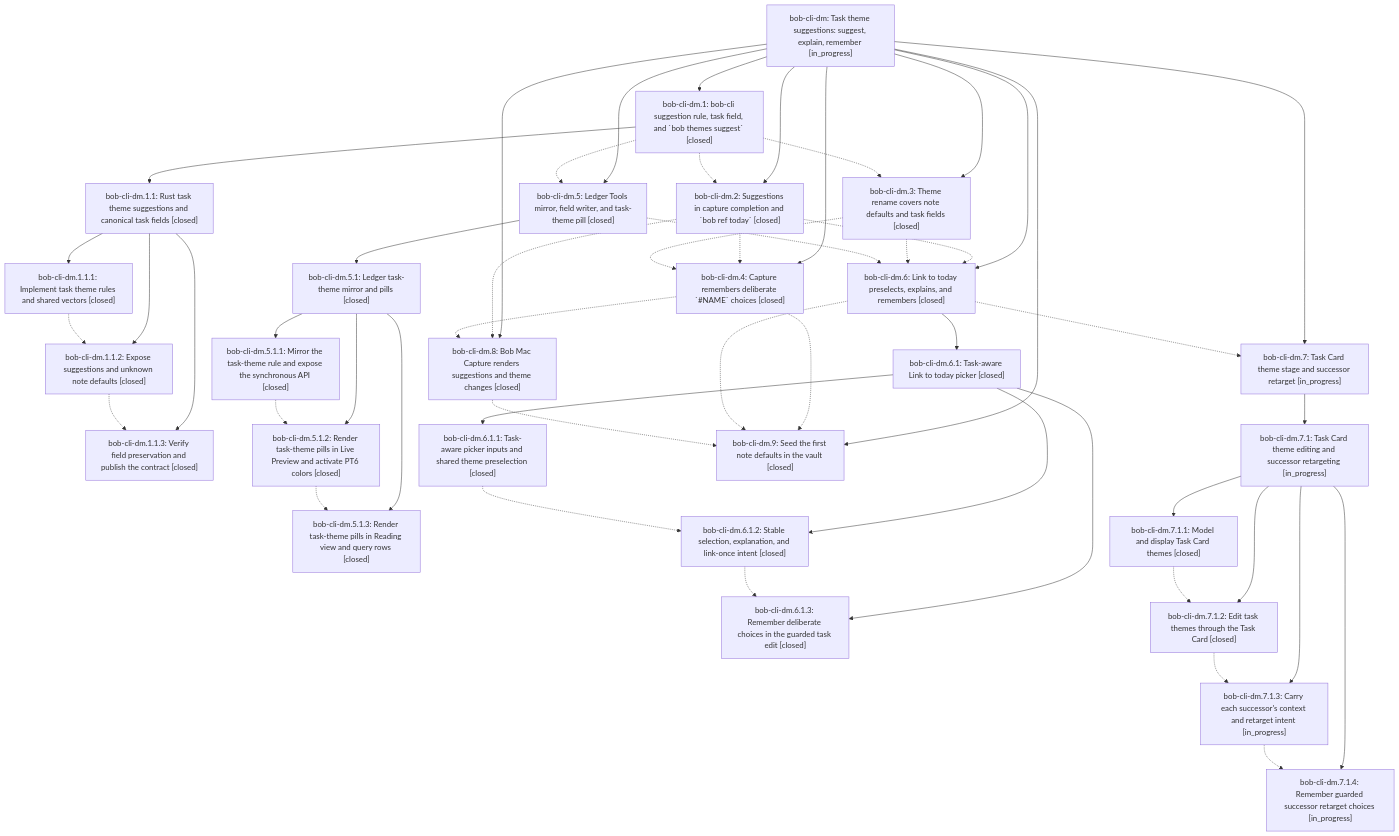
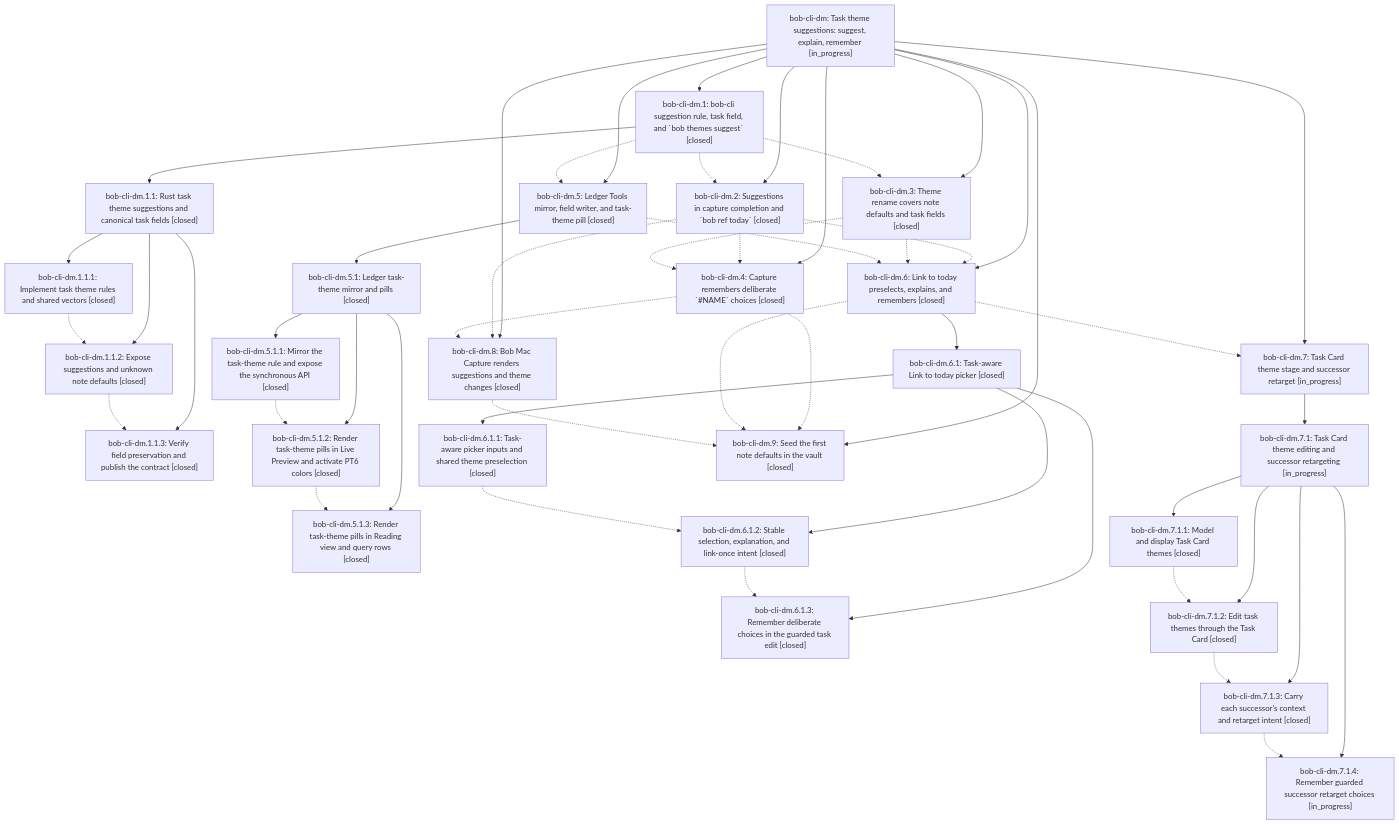
One commit to bobs-org/bob-cli--beads changed the diagram in pages/bob-cli-dm/README.md. Above: the diagram before and after it, drawn with Mermaid. The commit also changed other lines of this file and 3 other files, not shown here.

First line of the commit message:
chore(beads): sync bead state and pages for bob-cli-dm

````diff
--- a/pages/bob-cli-dm/README.md
+++ b/pages/bob-cli-dm/README.md
@@ -44,79 +44,79 @@
 ```mermaid
 flowchart TD
     n0["bob-cli-dm: Task theme suggestions: suggest, explain, remember [in_progress]"]
     n1["bob-cli-dm.1: bob-cli suggestion rule, task field, and `bob themes suggest` [closed]"]
     n2["bob-cli-dm.1.1: Rust task theme suggestions and canonical task fields [closed]"]
     n3["bob-cli-dm.1.1.1: Implement task theme rules and shared vectors [closed]"]
     n4["bob-cli-dm.1.1.2: Expose suggestions and unknown note defaults [closed]"]
     n5["bob-cli-dm.1.1.3: Verify field preservation and publish the contract [closed]"]
     n6["bob-cli-dm.2: Suggestions in capture completion and `bob ref today` [closed]"]
     n7["bob-cli-dm.3: Theme rename covers note defaults and task fields [closed]"]
     n8["bob-cli-dm.4: Capture remembers deliberate `#NAME` choices [closed]"]
     n9["bob-cli-dm.5: Ledger Tools mirror, field writer, and task-theme pill [closed]"]
     n10["bob-cli-dm.5.1: Ledger task-theme mirror and pills [closed]"]
     n11["bob-cli-dm.5.1.1: Mirror the task-theme rule and expose the synchronous API [closed]"]
     n12["bob-cli-dm.5.1.2: Render task-theme pills in Live Preview and activate PT6 colors [closed]"]
     n13["bob-cli-dm.5.1.3: Render task-theme pills in Reading view and query rows [closed]"]
     n14["bob-cli-dm.6: Link to today preselects, explains, and remembers [closed]"]
     n15["bob-cli-dm.6.1: Task-aware Link to today picker [closed]"]
     n16["bob-cli-dm.6.1.1: Task-aware picker inputs and shared theme preselection [closed]"]
     n17["bob-cli-dm.6.1.2: Stable selection, explanation, and link-once intent [closed]"]
     n18["bob-cli-dm.6.1.3: Remember deliberate choices in the guarded task edit [closed]"]
     n19["bob-cli-dm.7: Task Card theme stage and successor retarget [in_progress]"]
     n20["bob-cli-dm.7.1: Task Card theme editing and successor retargeting [in_progress]"]
     n21["bob-cli-dm.7.1.1: Model and display Task Card themes [closed]"]
     n22["bob-cli-dm.7.1.2: Edit task themes through the Task Card [closed]"]
-    n23["bob-cli-dm.7.1.3: Carry each successor's context and retarget intent [in_progress]"]
+    n23["bob-cli-dm.7.1.3: Carry each successor's context and retarget intent [closed]"]
     n24["bob-cli-dm.7.1.4: Remember guarded successor retarget choices [in_progress]"]
     n25["bob-cli-dm.8: Bob Mac Capture renders suggestions and theme changes [closed]"]
     n26["bob-cli-dm.9: Seed the first note defaults in the vault [closed]"]
     n0 --> n1
     n1 --> n2
     n2 --> n3
     n2 --> n4
     n2 --> n5
     n0 --> n6
     n0 --> n7
     n0 --> n8
     n0 --> n9
     n9 --> n10
     n10 --> n11
     n10 --> n12
     n10 --> n13
     n0 --> n14
     n14 --> n15
     n15 --> n16
     n15 --> n17
     n15 --> n18
     n0 --> n19
     n19 --> n20
     n20 --> n21
     n20 --> n22
     n20 --> n23
     n20 --> n24
     n0 --> n25
     n0 --> n26
     n1 -.-> n6
     n1 -.-> n7
     n1 -.-> n9
     n3 -.-> n4
     n4 -.-> n5
     n6 -.-> n8
     n6 -.-> n14
     n6 -.-> n25
     n7 -.-> n8
     n7 -.-> n14
     n8 -.-> n25
     n8 -.-> n26
     n9 -.-> n14
     n11 -.-> n12
     n12 -.-> n13
     n14 -.-> n19
     n14 -.-> n26
     n16 -.-> n17
     n17 -.-> n18
     n21 -.-> n22
     n22 -.-> n23
     n23 -.-> n24
     n25 -.-> n26
 ```
````
